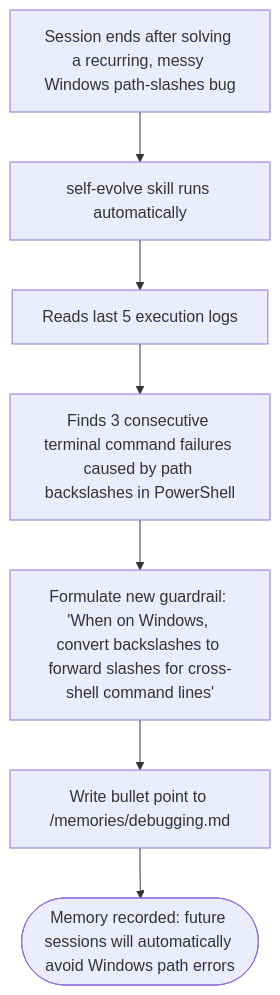
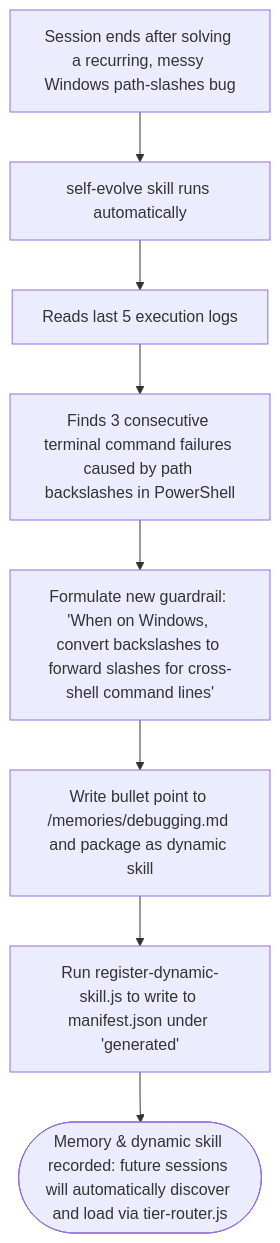
Before and after one commit to dyphn1/Harness-everything: the third of 3 diagrams in docs/workflows/self-evolve.md, drawn with Mermaid. The commit also changed other lines of this file and 1 other file, not shown here.

Commit message:
docs(workflows): update self-evolve and skill-creator workflows with manifest registration and auto-discovery paths

````diff
--- a/docs/workflows/self-evolve.md
+++ b/docs/workflows/self-evolve.md
@@ -41,9 +43,10 @@
 ```mermaid
 graph TD
   Start["Session ends after solving a recurring, messy Windows path-slashes bug"] --> Trigger["self-evolve skill runs automatically"]
   Trigger --> Analyze["Reads last 5 execution logs"]
   Analyze --> DetectPattern["Finds 3 consecutive terminal command failures caused by path backslashes in PowerShell"]
   DetectPattern --> Formulate["Formulate new guardrail: 'When on Windows, convert backslashes to forward slashes for cross-shell command lines'"]
-  Formulate --> Write["Write bullet point to /memories/debugging.md"]
-  Write --> Done([Memory recorded: future sessions will automatically avoid Windows path errors])
+  Formulate --> Write["Write bullet point to /memories/debugging.md and package as dynamic skill"]
+  Write --> Register["Run register-dynamic-skill.js to write to manifest.json under 'generated'"]
+  Register --> Done([Memory & dynamic skill recorded: future sessions will automatically discover and load via tier-router.js])
 ```
````
